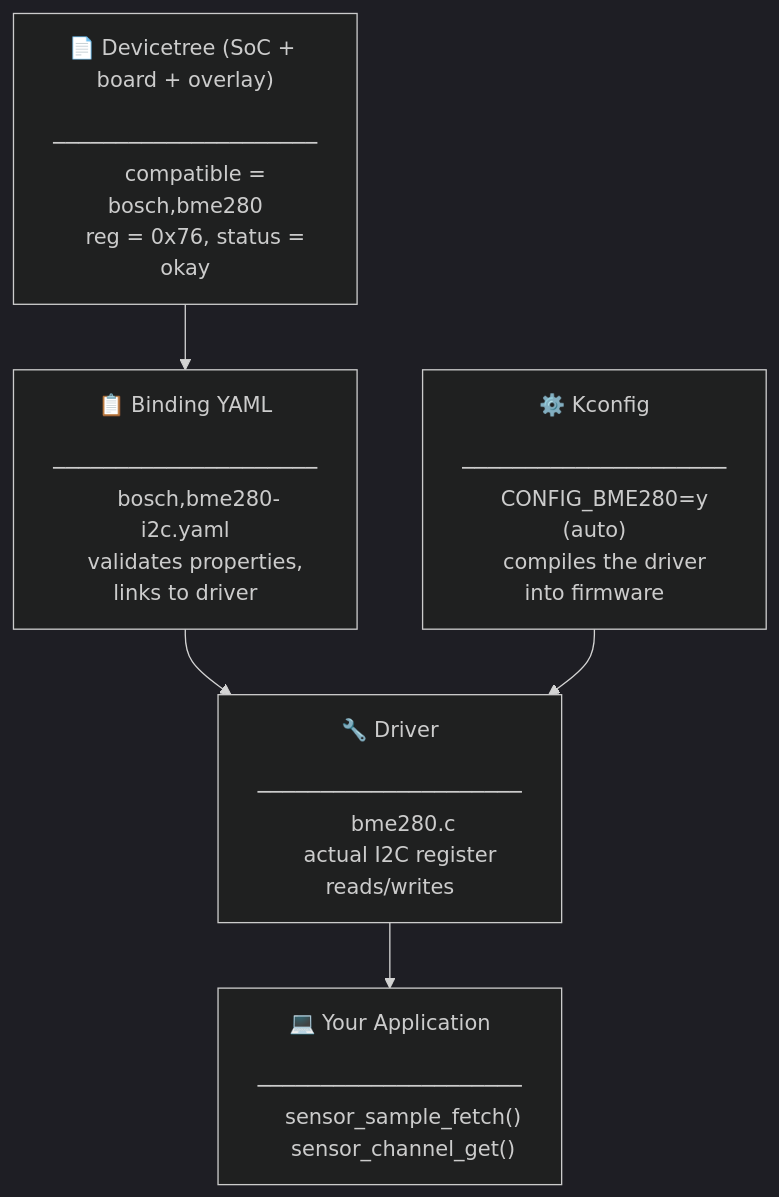
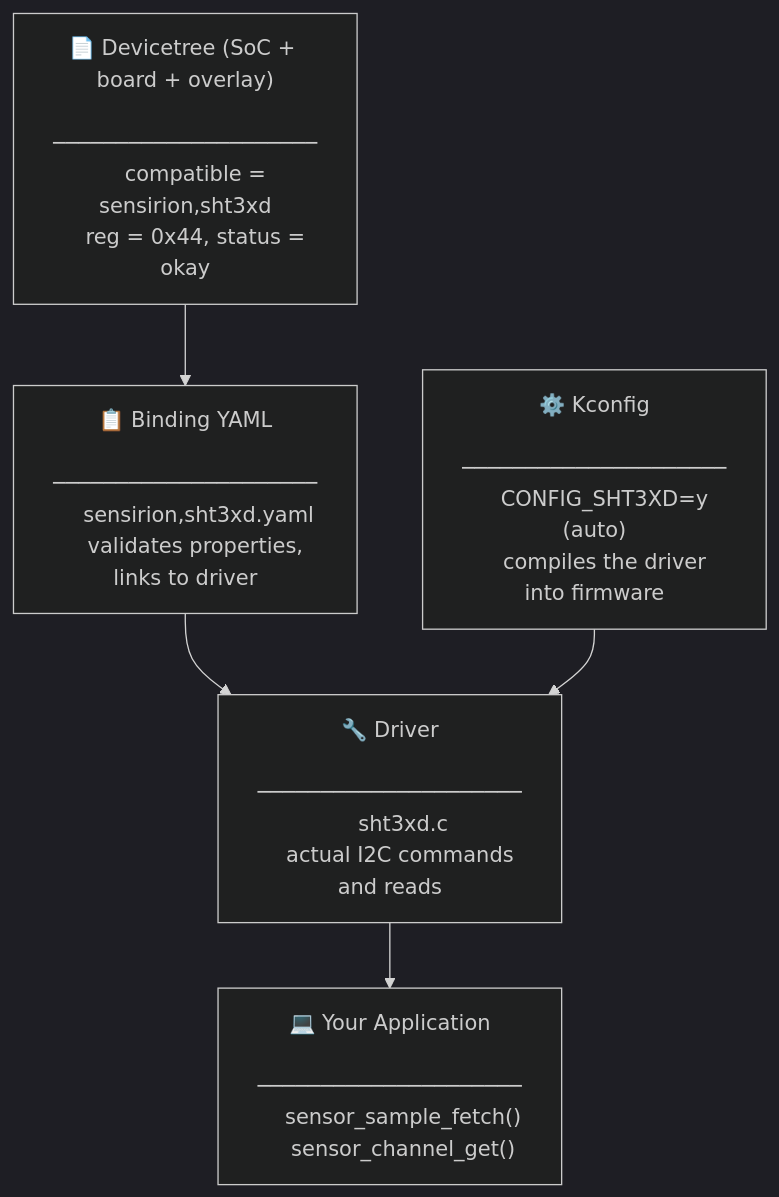
One commit to huunghiaspkt/huunghiaspkt.github.io changed the diagram in docs/zephyr-training/03_intermediate/zephyr-layers.md. Above: the diagram before and after it, drawn with Mermaid (dark theme). The commit also changed other lines of this file and 40 other files, not shown here.

````diff
--- a/docs/zephyr-training/03_intermediate/zephyr-layers.md
+++ b/docs/zephyr-training/03_intermediate/zephyr-layers.md
@@ -71,32 +70,32 @@
 ```mermaid
 graph TD
     A["📄 Devicetree (SoC + board + overlay)
     ─────────────────────
-    compatible = bosch,bme280
-    reg = 0x76, status = okay"]
+    compatible = sensirion,sht3xd
+    reg = 0x44, status = okay"]
 
     B["📋 Binding YAML
     ─────────────────────
-    bosch,bme280-i2c.yaml
+    sensirion,sht3xd.yaml
     validates properties, links to driver"]
 
     C["⚙️ Kconfig
     ─────────────────────
-    CONFIG_BME280=y (auto)
+    CONFIG_SHT3XD=y (auto)
     compiles the driver into firmware"]
 
     D["🔧 Driver
     ─────────────────────
-    bme280.c
-    actual I2C register reads/writes"]
+    sht3xd.c
+    actual I2C commands and reads"]
 
     E["💻 Your Application
     ─────────────────────
     sensor_sample_fetch()
     sensor_channel_get()"]
 
     A --> B
     B --> D
     C --> D
     D --> E
 ```
````
